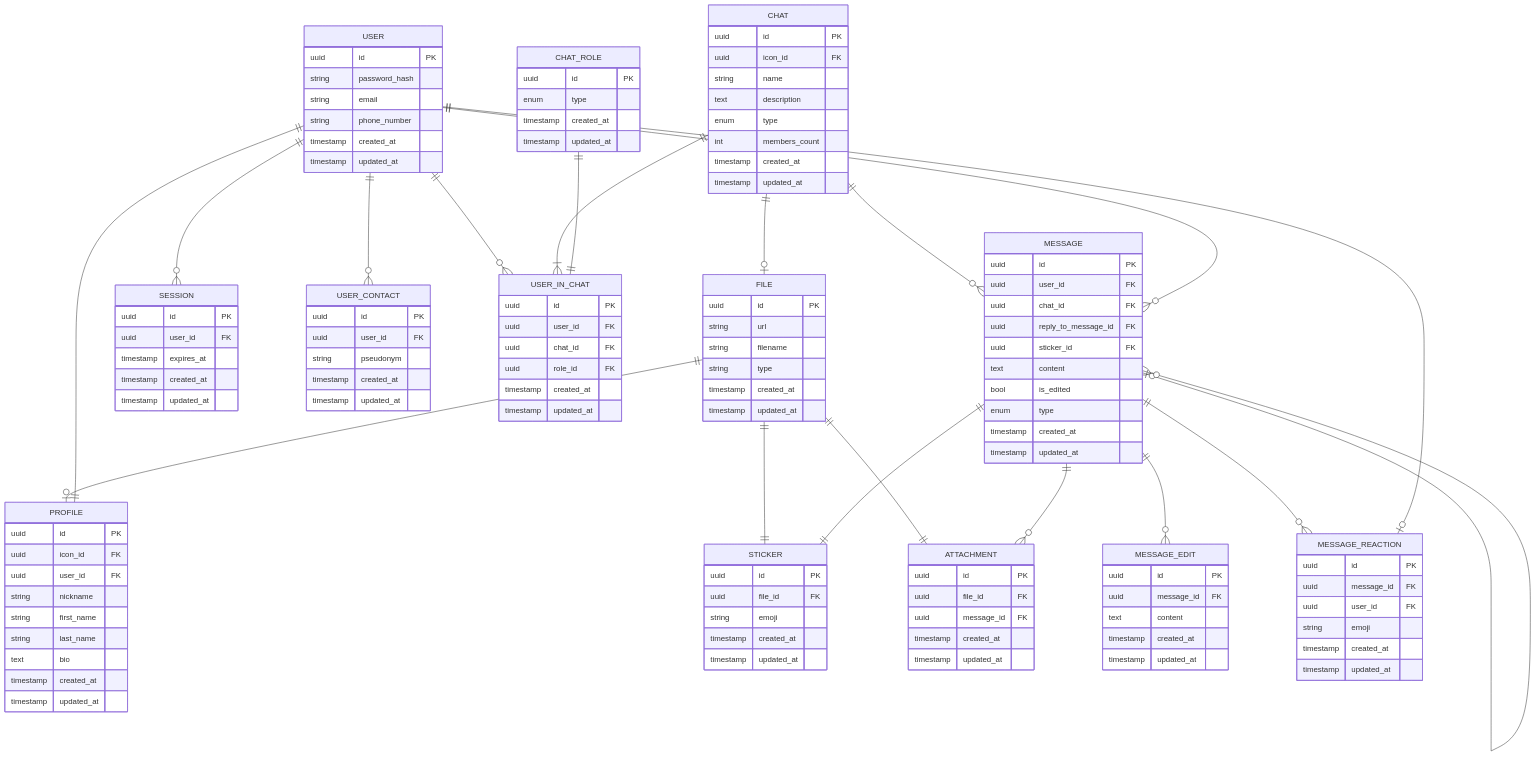
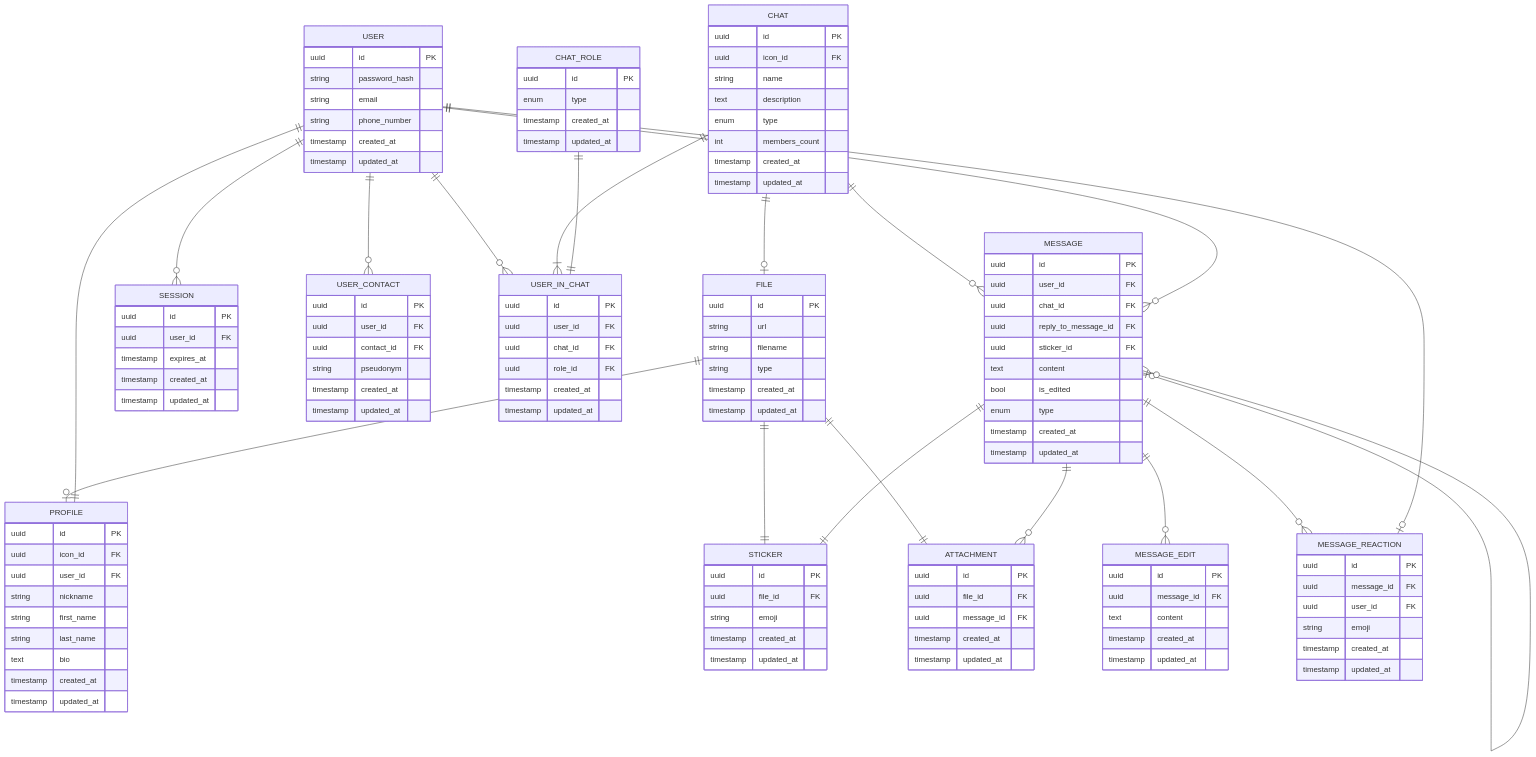
One commit to go-park-mail-ru/2026_2_se7en changed the diagram in db/normalized/er_diagram.md. Above: the diagram before and after it, drawn with Mermaid. The commit also changed 1 other file, not shown here.

Commit message:
docs: add contact_id atribute to user_contact table

```diff
--- a/db/normalized/er_diagram.md
+++ b/db/normalized/er_diagram.md
@@ -56,6 +56,7 @@
 USER_CONTACT {
 uuid id PK
 uuid user_id FK
+uuid contact_id FK
 string pseudonym
 timestamp created_at
 timestamp updated_at
```
